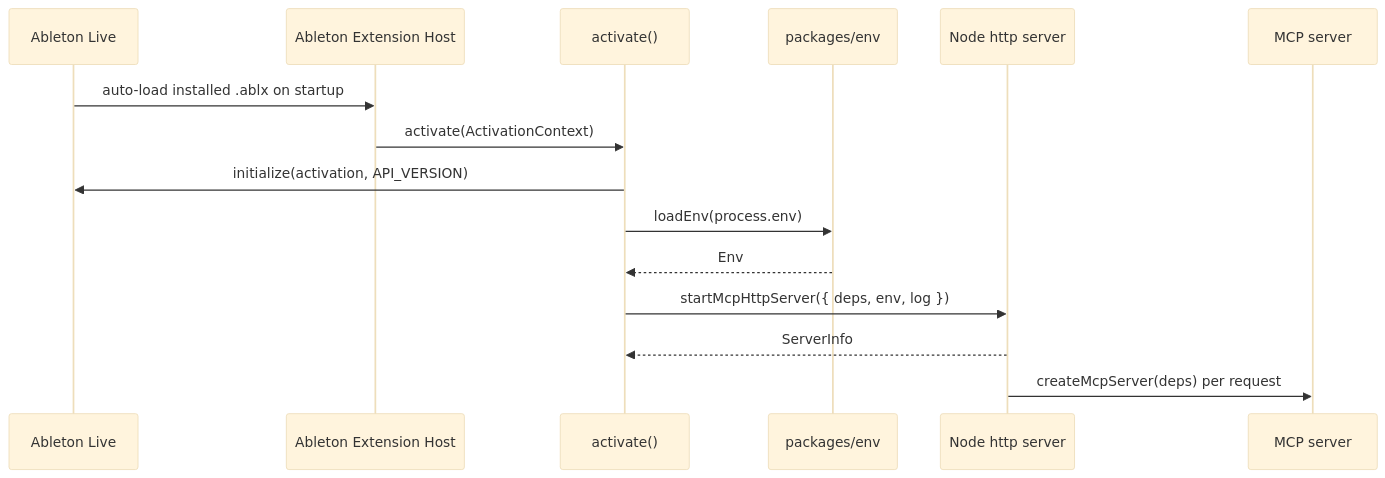
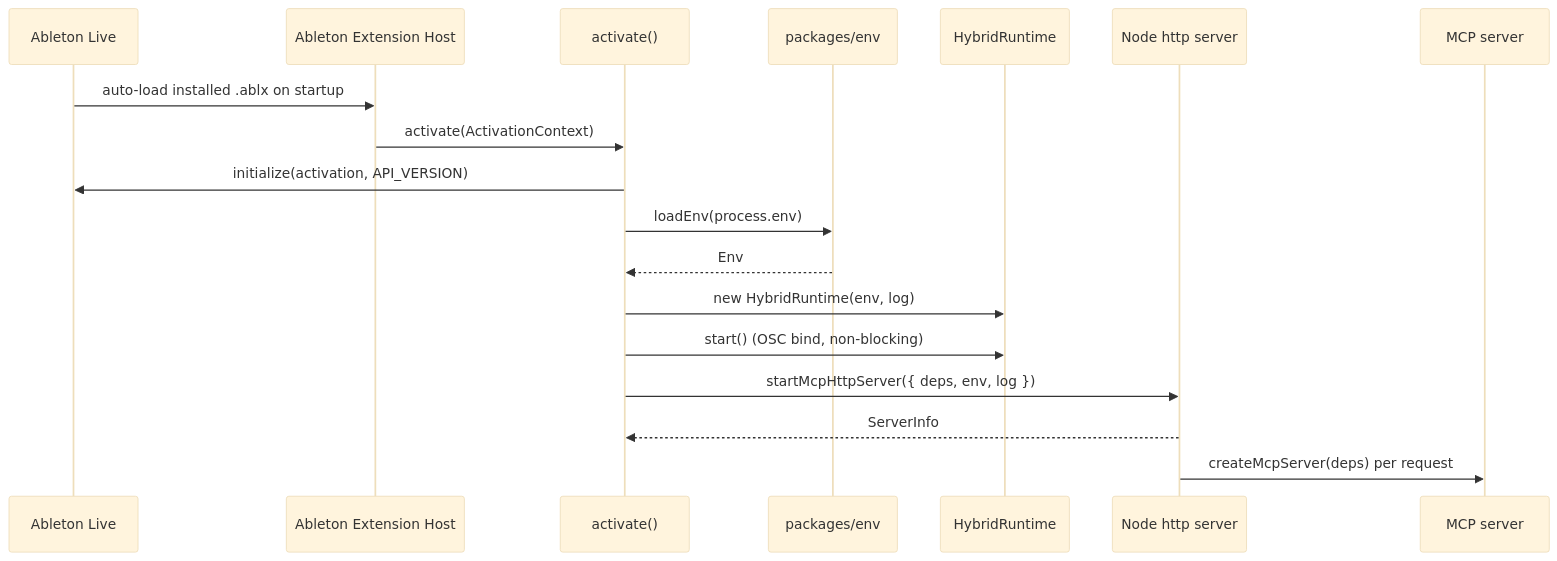
Before and after one commit to Synohara/live-connector: the third of 9 diagrams in llm/ARCHITECTURE.md, drawn with Mermaid (base theme). The commit also changed other lines of this file and 2 other files, not shown here.

Commit message:
docs(llm): Hybrid 拡張のモデルとアーキテクチャを更新する

````diff
--- a/llm/ARCHITECTURE.md
+++ b/llm/ARCHITECTURE.md
@@ -91,18 +105,21 @@
 ```mermaid
 sequenceDiagram
     participant live as Ableton Live
     participant host as Ableton Extension Host
     participant extension as activate()
     participant env as packages/env
+    participant runtime as HybridRuntime
     participant http as Node http server
     participant mcp as MCP server
 
     live->>host: auto-load installed .ablx on startup
     host->>extension: activate(ActivationContext)
     extension->>live: initialize(activation, API_VERSION)
     extension->>env: loadEnv(process.env)
     env-->>extension: Env
+    extension->>runtime: new HybridRuntime(env, log)
+    extension->>runtime: start()  (OSC bind, non-blocking)
     extension->>http: startMcpHttpServer({ deps, env, log })
     http-->>extension: ServerInfo
     http->>mcp: createMcpServer(deps) per request
 ```
````
